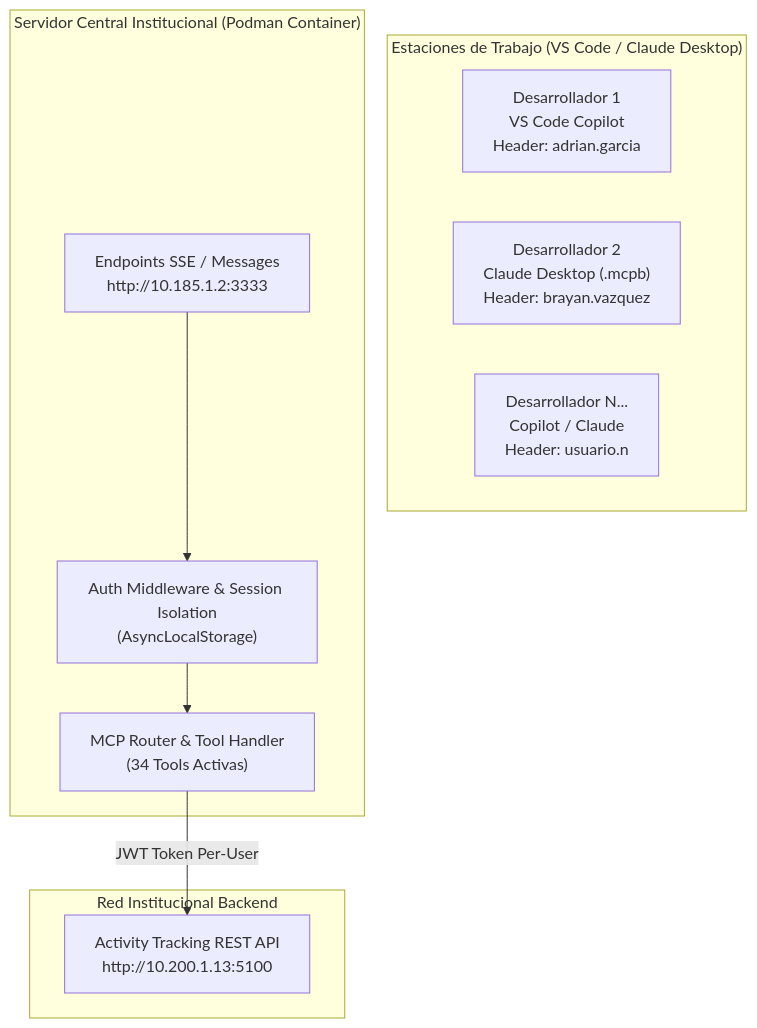
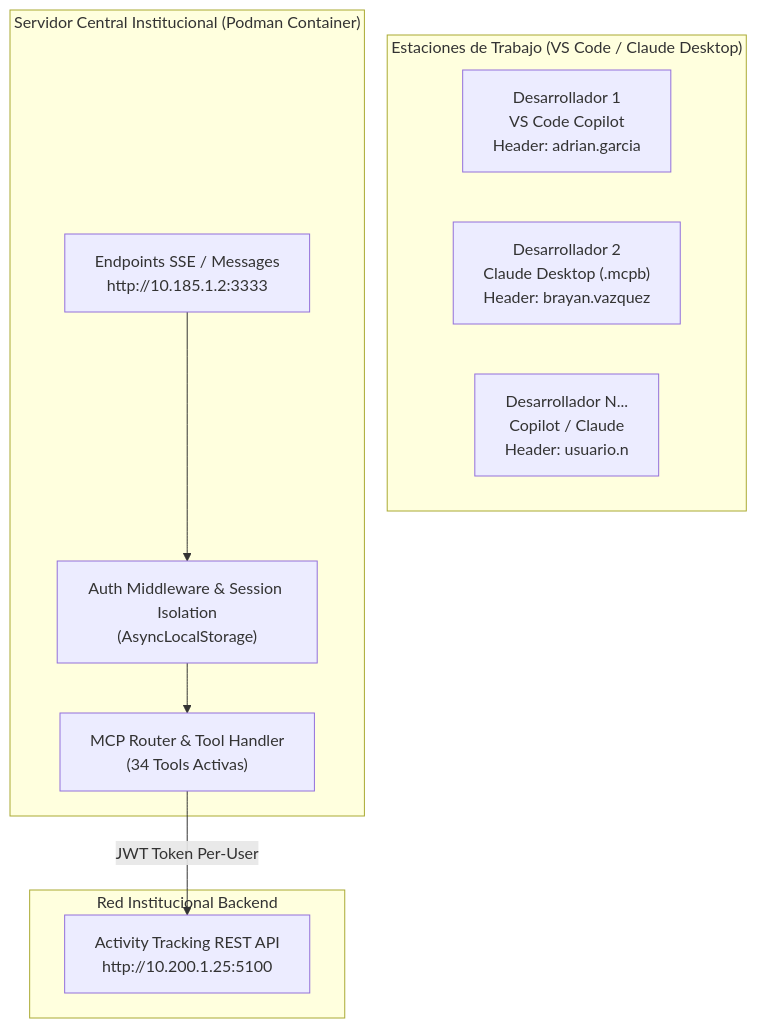
One commit to BasherMX/MCP_ActivityTracking changed the diagram in README.md. Above: the diagram before and after it, drawn with Mermaid. The commit also changed other lines of this file and 9 other files, not shown here.

````diff
--- a/README.md
+++ b/README.md
@@ -11,22 +11,22 @@
 ```mermaid
 graph TD
     subgraph "Estaciones de Trabajo (VS Code / Claude Desktop)"
         UserA["Desarrollador 1<br/>VS Code Copilot<br/>Header: adrian.garcia"]
         UserB["Desarrollador 2<br/>Claude Desktop (.mcpb)<br/>Header: brayan.vazquez"]
         UserN["Desarrollador N...<br/>Copilot / Claude<br/>Header: usuario.n"]
     end
 
     subgraph "Servidor Central Institucional (Podman Container)"
         SSE["Endpoints SSE / Messages<br/>http://10.185.1.2:3333"]
         Middleware["Auth Middleware & Session Isolation<br/>(AsyncLocalStorage)"]
         Dispatcher["MCP Router & Tool Handler<br/>(34 Tools Activas)"]
 
         SSE --> Middleware
         Middleware --> Dispatcher
     end
 
     subgraph "Red Institucional Backend"
-        API["Activity Tracking REST API<br/>http://10.200.1.13:5100"]
+        API["Activity Tracking REST API<br/>http://10.200.1.25:5100"]
         Dispatcher -->|JWT Token Per-User| API
     end
 ```
````
